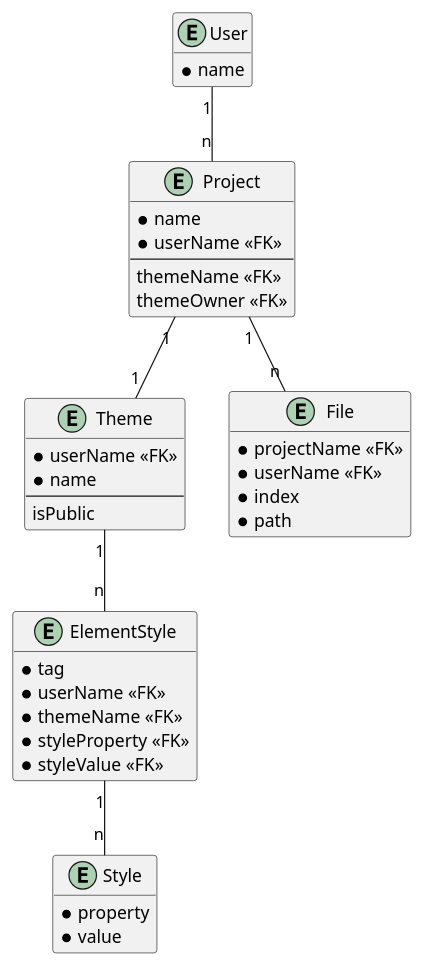
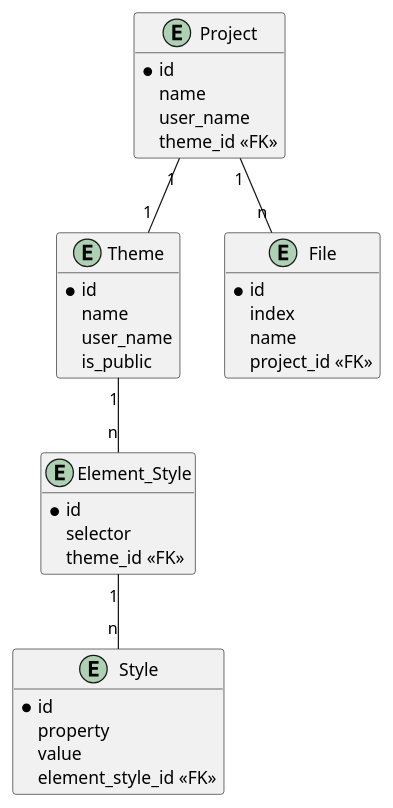
The diagram in docs/entityRelationshipDiagram.puml (2324-3bhif-teaching/StaticSiteGenerator), drawn with PlantUML before and after one commit.

Commit message:
rewrote erd

```diff
--- a/docs/entityRelationshipDiagram.puml
+++ b/docs/entityRelationshipDiagram.puml
@@ -1,56 +1,49 @@
-@startuml a
+@startuml
 hide empty fields
 hide empty methods
 
+entity Project
+{
+  * id
+  name
+  user_name
+  theme_id <<FK>>
+}
+
 entity Theme
 {
-  * userName <<FK>>
-  * name
-  --
-  isPublic
+  * id
+  name
+  user_name
+  is_public
 }
 
-entity ElementStyle
+entity Element_Style
 {
-  * tag
-  * userName <<FK>>
-  * themeName <<FK>>
-  * styleProperty <<FK>>
-  * styleValue <<FK>>
+  * id
+  selector
+  theme_id <<FK>>
 }
 
 entity Style
 {
-  * property
-  * value
-}
-
-entity Project
-{
-  * name
-  * userName <<FK>>
-  --
-  themeName <<FK>>
-  themeOwner <<FK>>
+  * id
+  property
+  value
+  element_style_id <<FK>>
 }
 
 entity File
 {
-  * projectName <<FK>>
-  * userName <<FK>>
-  * index
-  * path
+  * id
+  index
+  name
+  project_id <<FK>>
 }
 
-entity User
-{
-  * name
-}
-
-Theme "1" -- "n" ElementStyle
-ElementStyle "1" -- "n" Style
-User "1" -- "n" Project
+Theme "1" -- "n" Element_Style
+Element_Style "1" -- "n" Style
 Project "1" -- "1" Theme
 Project "1" -- "n" File
 
 @enduml
```
